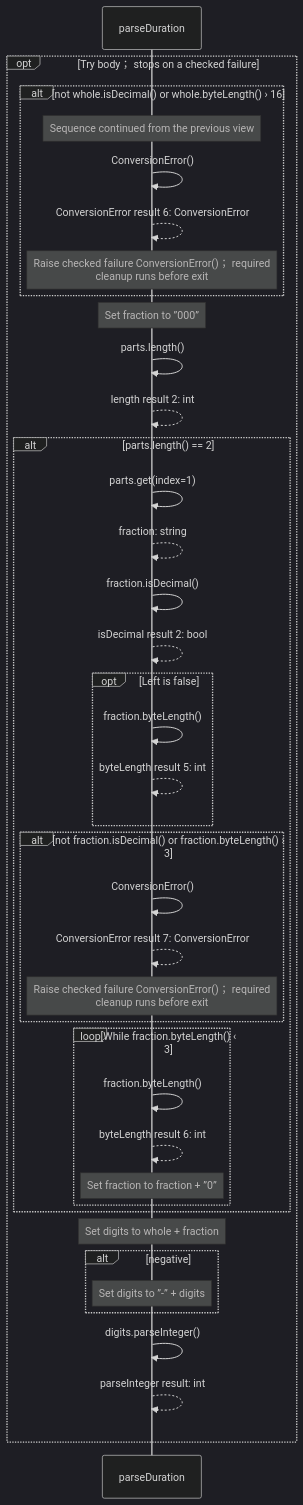
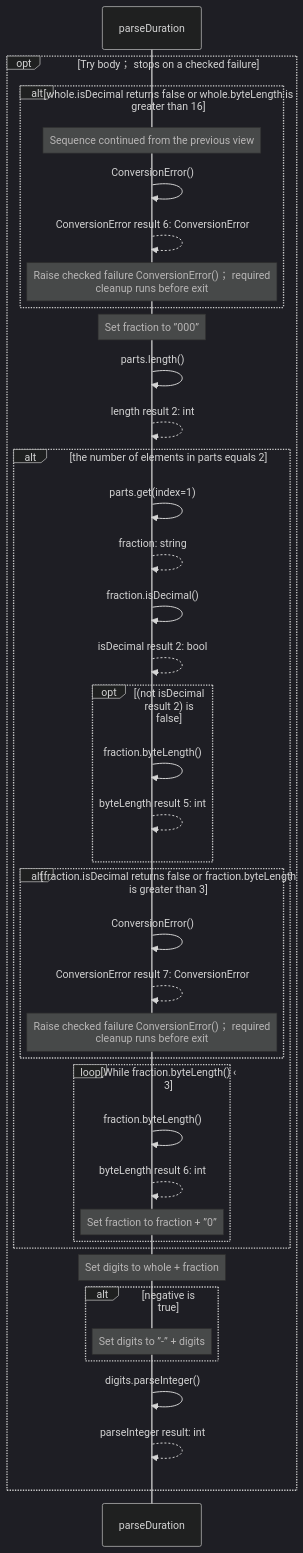
One commit to GreenPandaStudios/augscript changed the third of 8 diagrams in src/stdlib/values/durations.aug.diagrams.md. Above: the diagram before and after it, drawn with Mermaid (dark theme). The commit also changed other lines of this file and 658 other files, not shown here.

````diff
--- a/src/stdlib/values/durations.aug.diagrams.md
+++ b/src/stdlib/values/durations.aug.diagrams.md
@@ -109,42 +120,42 @@
 ```mermaid
 sequenceDiagram
     participant p0 as parseDuration
 
     opt Try body； stops on a checked failure
-    alt not whole.isDecimal() or whole.byteLength() › 16
+    alt whole.isDecimal returns false or whole.byteLength is<br/>greater than 16
     Note over p0: Sequence continued from the previous view
     p0->>p0: ConversionError()
     p0-->>p0: ConversionError result 6: ConversionError
     Note over p0: Raise checked failure ConversionError()； required<br/>cleanup runs before exit
     end
     Note over p0: Set fraction to ”000”
     p0->>p0: parts.length()
     p0-->>p0: length result 2: int
-    alt parts.length() == 2
+    alt the number of elements in parts equals 2
     p0->>p0: parts.get(index=1)
     p0-->>p0: fraction: string
     p0->>p0: fraction.isDecimal()
     p0-->>p0: isDecimal result 2: bool
-    opt Left is false
+    opt (not isDecimal result 2) is false
     p0->>p0: fraction.byteLength()
     p0-->>p0: byteLength result 5: int
     end
-    alt not fraction.isDecimal() or fraction.byteLength() › 3
+    alt fraction.isDecimal returns false or fraction.byteLength<br/>is greater than 3
     p0->>p0: ConversionError()
     p0-->>p0: ConversionError result 7: ConversionError
     Note over p0: Raise checked failure ConversionError()； required<br/>cleanup runs before exit
     end
     loop While fraction.byteLength() ‹ 3
     p0->>p0: fraction.byteLength()
     p0-->>p0: byteLength result 6: int
     Note over p0: Set fraction to fraction + ”0”
     end
     end
     Note over p0: Set digits to whole + fraction
-    alt negative
+    alt negative is true
     Note over p0: Set digits to ”-” + digits
     end
     p0->>p0: digits.parseInteger()
     p0-->>p0: parseInteger result: int
     end
 ```
````
